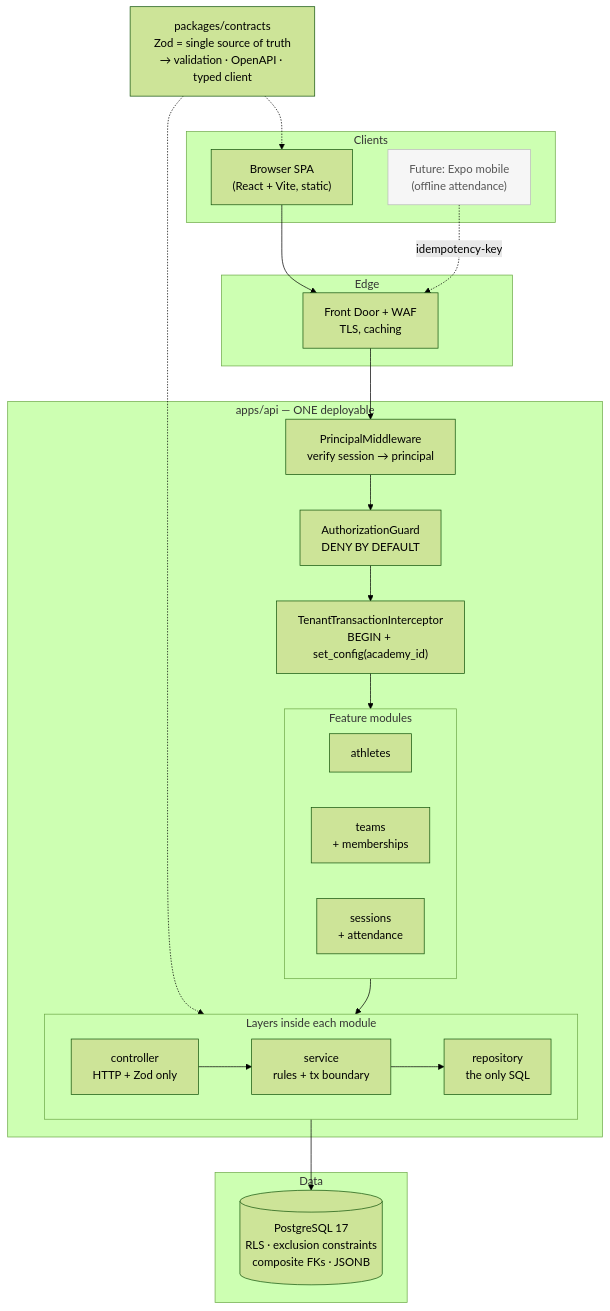
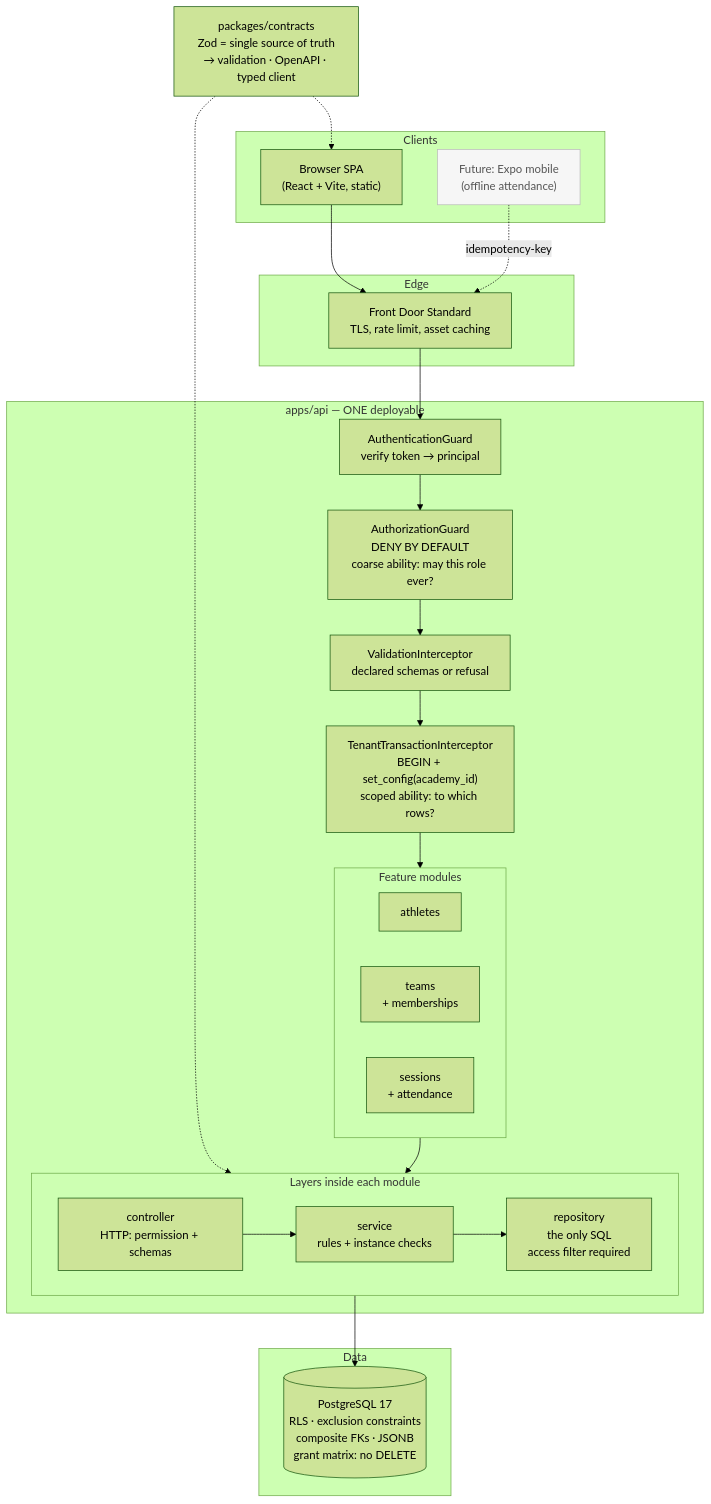
The first of 4 diagrams in README.md (mohammad-qb/athlete), drawn with Mermaid (forest theme) before and after one commit. The commit also changed other lines of this file and 13 other files, not shown here.

````diff
--- a/README.md
+++ b/README.md
@@ -34,45 +40,46 @@
 ```mermaid
 flowchart TB
     subgraph clients["Clients"]
         browser["Browser SPA<br/>(React + Vite, static)"]
         future["Future: Expo mobile<br/>(offline attendance)"]
     end
 
     subgraph edge["Edge"]
-        fd["Front Door + WAF<br/>TLS, caching"]
+        fd["Front Door Standard<br/>TLS, rate limit, asset caching"]
     end
 
     subgraph api["apps/api — ONE deployable"]
-        mw["PrincipalMiddleware<br/>verify session → principal"]
-        guard["AuthorizationGuard<br/>DENY BY DEFAULT"]
-        itx["TenantTransactionInterceptor<br/>BEGIN + set_config(academy_id)"]
+        mw["AuthenticationGuard<br/>verify token → principal"]
+        guard["AuthorizationGuard<br/>DENY BY DEFAULT<br/>coarse ability: may this role ever?"]
+        val["ValidationInterceptor<br/>declared schemas or refusal"]
+        itx["TenantTransactionInterceptor<br/>BEGIN + set_config(academy_id)<br/>scoped ability: to which rows?"]
 
         subgraph modules["Feature modules"]
             direction LR
             ath["athletes"]
             tm["teams<br/>+ memberships"]
             ses["sessions<br/>+ attendance"]
         end
 
         subgraph layers["Layers inside each module"]
             direction LR
-            ctl["controller<br/>HTTP + Zod only"] --> svc["service<br/>rules + tx boundary"] --> repo["repository<br/>the only SQL"]
+            ctl["controller<br/>HTTP: permission + schemas"] --> svc["service<br/>rules + instance checks"] --> repo["repository<br/>the only SQL<br/>access filter required"]
         end
     end
 
     subgraph data["Data"]
-        pg[("PostgreSQL 17<br/>RLS · exclusion constraints<br/>composite FKs · JSONB")]
+        pg[("PostgreSQL 17<br/>RLS · exclusion constraints<br/>composite FKs · JSONB<br/>grant matrix: no DELETE")]
     end
 
     contracts["packages/contracts<br/>Zod = single source of truth<br/>→ validation · OpenAPI · typed client"]
 
-    browser --> fd --> mw --> guard --> itx --> modules
+    browser --> fd --> mw --> guard --> val --> itx --> modules
     modules --> layers
     repo --> pg
     contracts -.-> browser
     contracts -.-> ctl
     future -.->|idempotency-key| fd
 
     classDef dim fill:#f6f6f6,stroke:#bbb,color:#555
     class future dim
 ```
````
